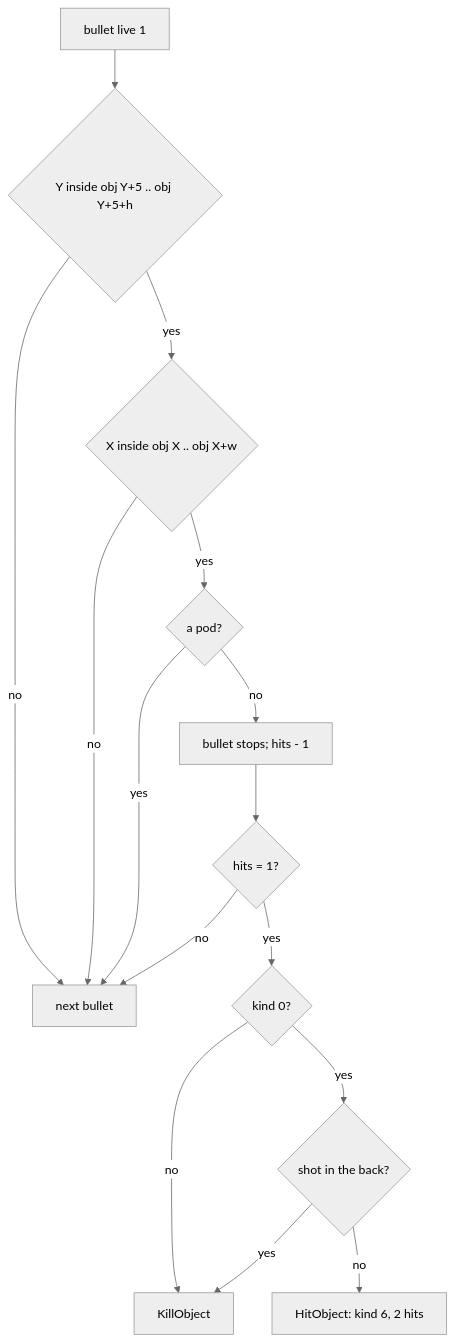
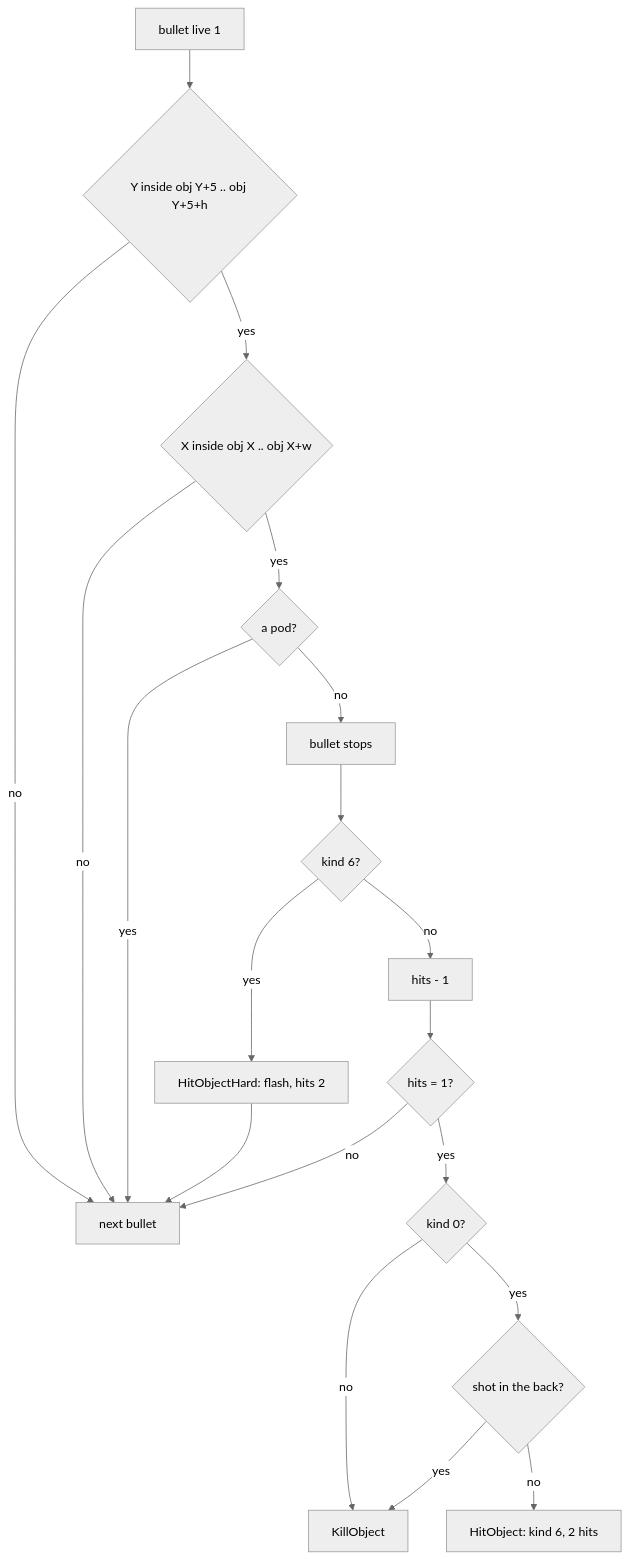
Before and after one commit to alfishe/unrealng-reverse-cases: diagram 11 of 12 in games/rex/docs/07-objects.md, drawn with Mermaid (neutral theme). The commit also changed other lines of this file and 40 other files, not shown here.

````diff
--- a/games/rex/docs/07-objects.md
+++ b/games/rex/docs/07-objects.md
@@ -735,17 +773,20 @@
 ```mermaid
 flowchart TD
     B["bullet live 1"] --> Y{"Y inside obj Y+5 .. obj Y+5+h"}
     Y -- no --> N["next bullet"]
     Y -- yes --> Xb{"X inside obj X .. obj X+w"}
     Xb -- no --> N
     Xb -- yes --> P{"a pod?"}
     P -- yes --> N
-    P -- no --> S["bullet stops; hits - 1"]
-    S --> L{"hits = 1?"}
+    P -- no --> S["bullet stops"]
+    S --> K6{"kind 6?"}
+    K6 -- yes --> HH["HitObjectHard: flash, hits 2"] --> N
+    K6 -- no --> Dh["hits - 1"]
+    Dh --> L{"hits = 1?"}
     L -- no --> N
     L -- yes --> K{"kind 0?"}
     K -- no --> KO["KillObject"]
     K -- yes --> D{"shot in the back?"}
     D -- yes --> KO
     D -- no --> HO["HitObject: kind 6, 2 hits"]
 ```
````
